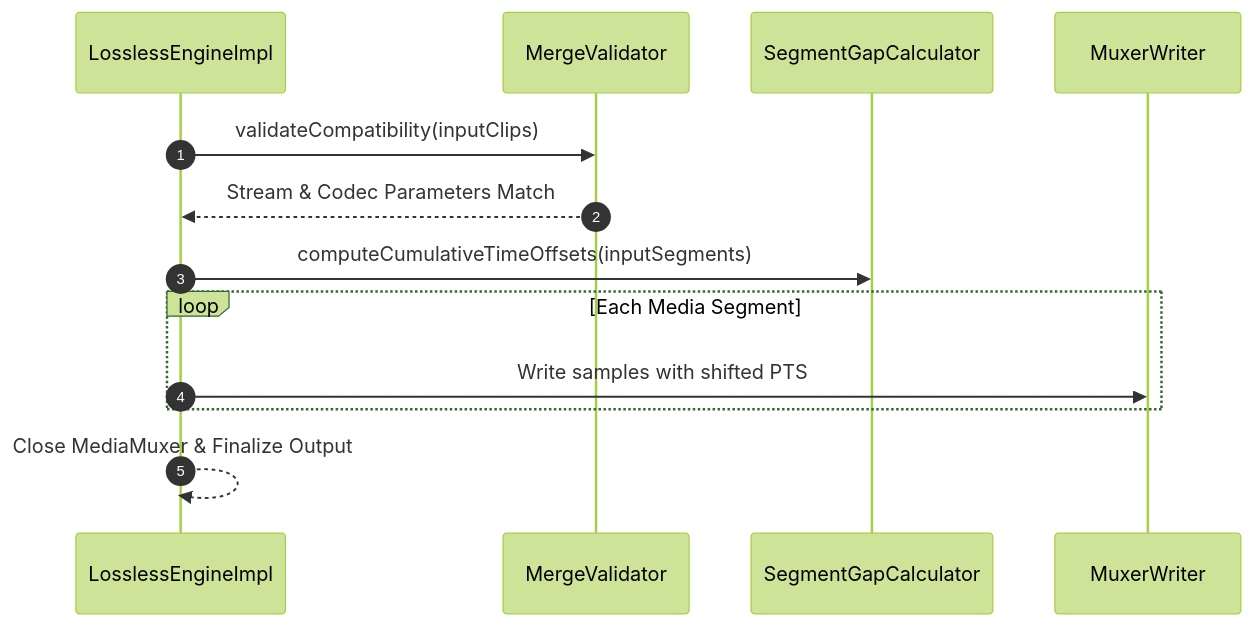
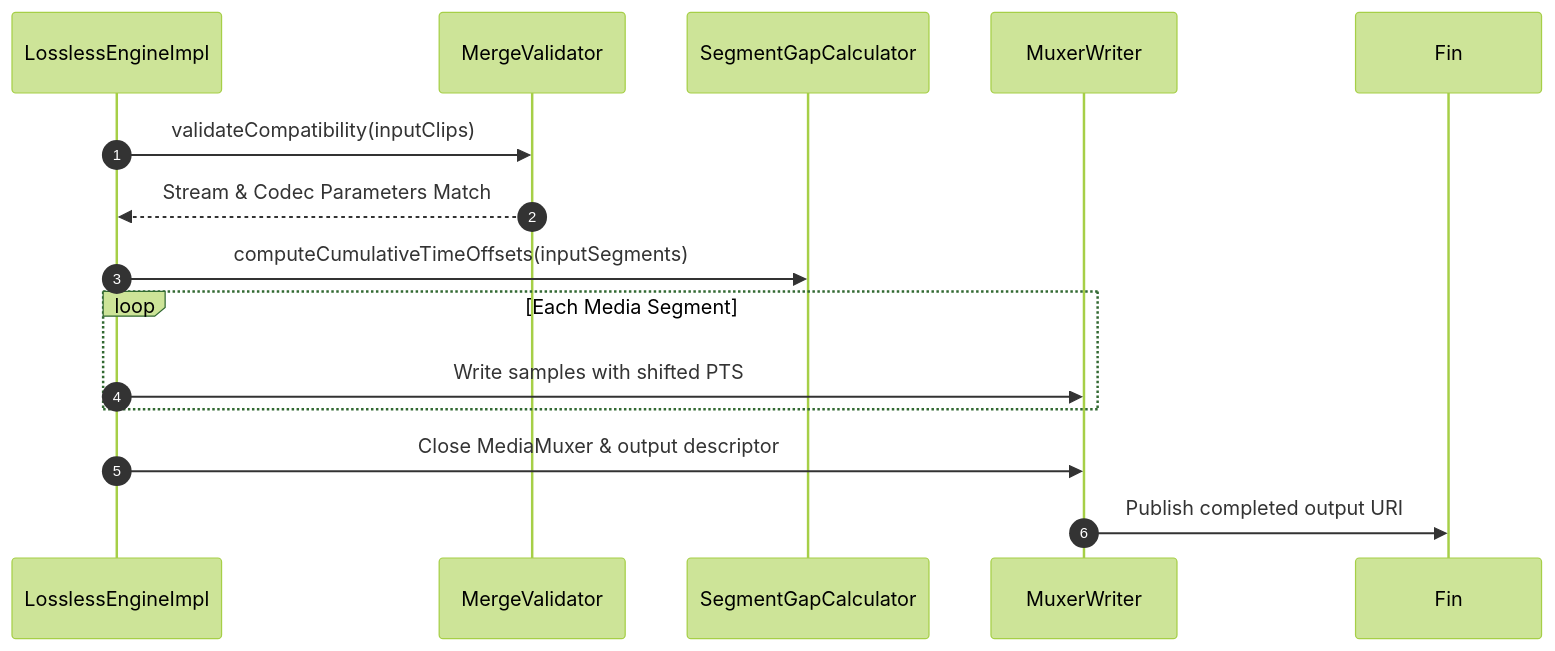
The third of 3 diagrams in docs/architecture.md (tazztone/losslesscut-android), drawn with Mermaid (forest theme) before and after one commit. The commit also changed other lines of this file and 52 other files, not shown here.

First line of the commit message:
Harden media engine safety and export workflows

````diff
--- a/docs/architecture.md
+++ b/docs/architecture.md
@@ -163,16 +165,17 @@
 ```mermaid
 sequenceDiagram
     autonumber
     participant Engine as LosslessEngineImpl
     participant Val as MergeValidator
     participant Calc as SegmentGapCalculator
     participant Muxer as MuxerWriter
 
     Engine->>Val: validateCompatibility(inputClips)
     Val-->>Engine: Stream & Codec Parameters Match
     Engine->>Calc: computeCumulativeTimeOffsets(inputSegments)
     loop Each Media Segment
         Engine->>Muxer: Write samples with shifted PTS
     end
-    Engine-->>Engine: Close MediaMuxer & Finalize Output
+    Engine->>Muxer: Close MediaMuxer & output descriptor
+    Muxer->>Fin: Publish completed output URI
 ```
````
